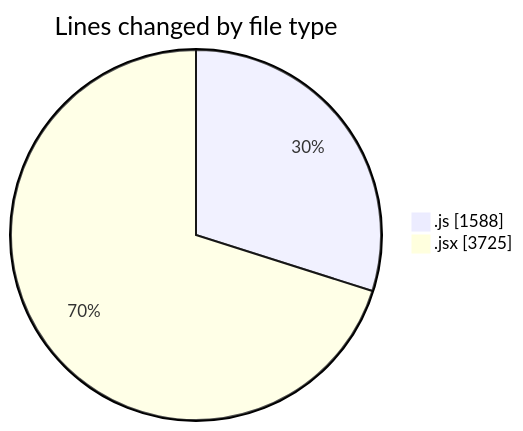
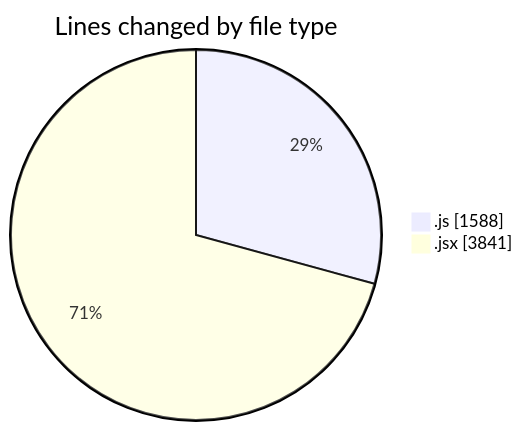
Before and after one commit to nxtqubesakshisongat/code-tracking: the first of 2 diagrams in 2026-01-15/nxtqube_webapp/README.md, drawn with Mermaid. The commit also changed other lines of this file and 1 other file, not shown here.

````diff
--- a/2026-01-15/nxtqube_webapp/README.md
+++ b/2026-01-15/nxtqube_webapp/README.md
@@ -25,6 +26,6 @@
 ```mermaid
 pie showData
 title Lines changed by file type
 ".js" : 1588
-".jsx" : 3725
+".jsx" : 3841
 ```
````
